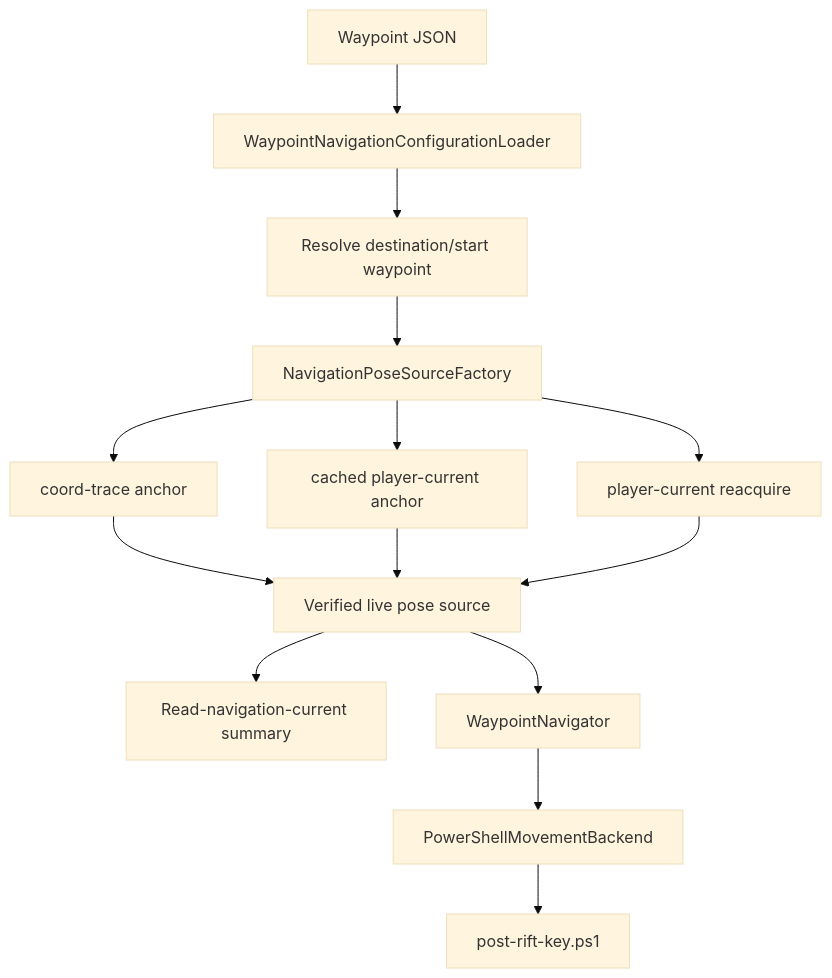
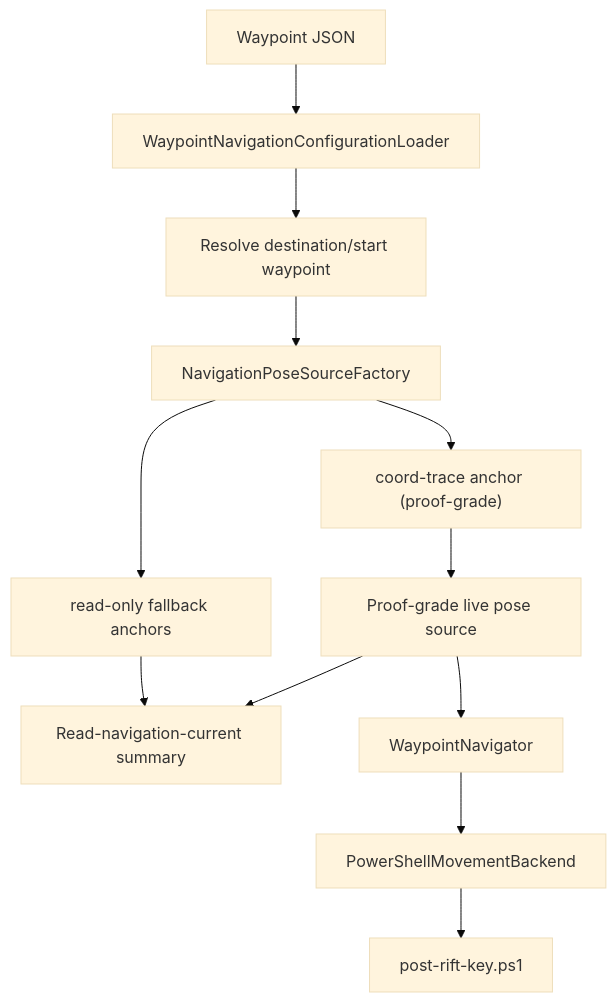
Before and after one commit to 360madden/riftreader: the first of 2 diagrams in docs/navigation-waypoint-v1.md, drawn with Mermaid (base theme). The commit also changed other lines of this file and 23 other files, not shown here.

Commit message:
Clarify live truth authority and current debugging workflow

````diff
--- a/docs/navigation-waypoint-v1.md
+++ b/docs/navigation-waypoint-v1.md
@@ -44,16 +44,14 @@
 ```mermaid
 flowchart TD
     A["Waypoint JSON"] --> B["WaypointNavigationConfigurationLoader"]
     B --> C["Resolve destination/start waypoint"]
     C --> D["NavigationPoseSourceFactory"]
-    D --> E["coord-trace anchor"]
-    D --> F["cached player-current anchor"]
-    D --> G["player-current reacquire"]
-    E --> H["Verified live pose source"]
-    F --> H
-    G --> H
-    H --> I["Read-navigation-current summary"]
+    D --> E["coord-trace anchor (proof-grade)"]
+    D --> F["read-only fallback anchors"]
+    E --> H["Proof-grade live pose source"]
+    F --> I["Read-navigation-current summary"]
+    H --> I
     H --> J["WaypointNavigator"]
     J --> K["PowerShellMovementBackend"]
     K --> L["post-rift-key.ps1"]
 ```
````
